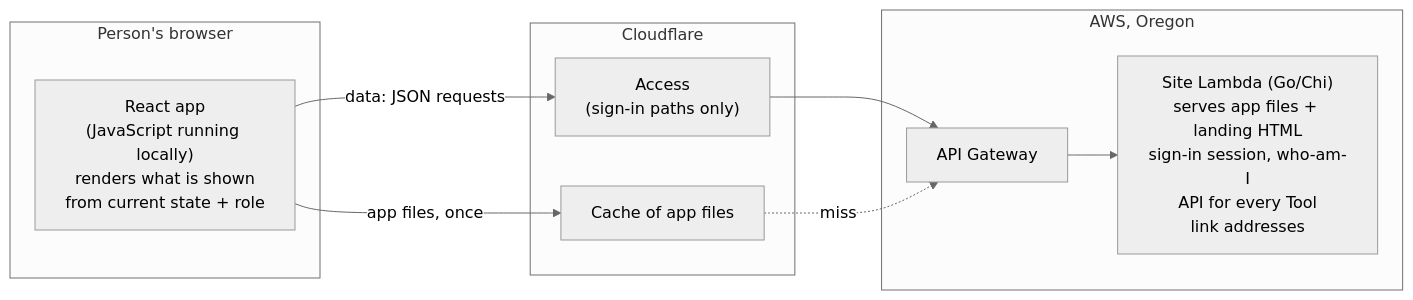
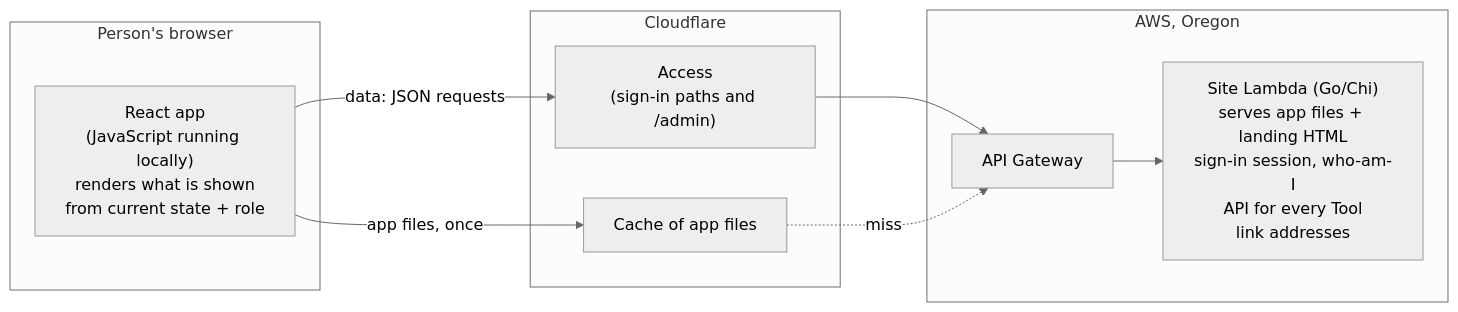
Before and after one commit to CraigDevJohnson/the-lobby: the first of 3 diagrams in docs/infrastructure.md, drawn with Mermaid (neutral theme). The commit also changed other lines of this file and 54 other files, not shown here.

````diff
--- a/docs/infrastructure.md
+++ b/docs/infrastructure.md
@@ -9,17 +9,17 @@
 ```mermaid
 flowchart LR
     subgraph browser["Person's browser"]
         app["React app<br/>(JavaScript running locally)<br/>renders what is shown<br/>from current state + role"]
     end
     subgraph edge["Cloudflare"]
         cache["Cache of app files"]
-        access["Access<br/>(sign-in paths only)"]
+        access["Access<br/>(sign-in paths and /admin)"]
     end
     subgraph aws["AWS, Oregon"]
         apigw["API Gateway"]
         site["Site Lambda (Go/Chi)<br/>serves app files + landing HTML<br/>sign-in session, who-am-I<br/>API for every Tool<br/>link addresses"]
     end
     app -- "app files, once" --> cache
     app -- "data: JSON requests" --> access --> apigw --> site
     cache -. "miss" .-> apigw
 ```
````
